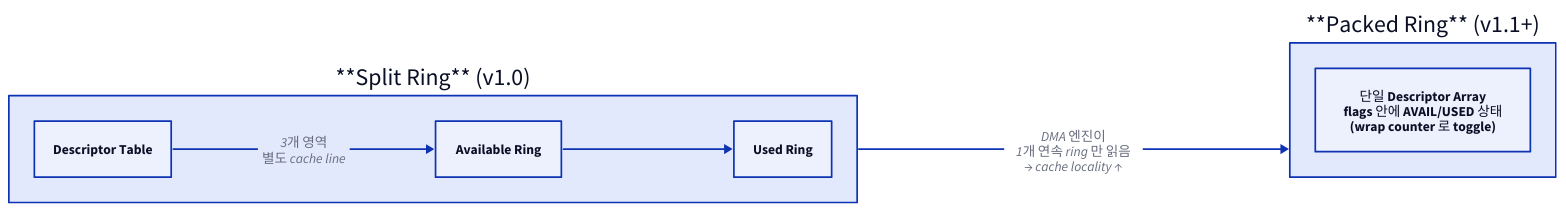
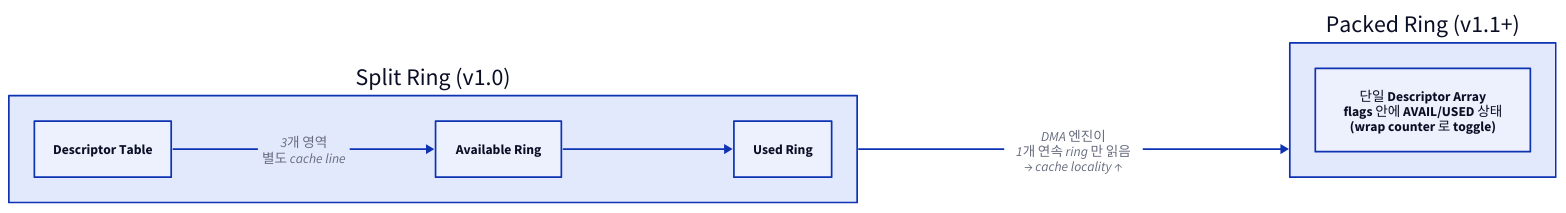
The second of 3 diagrams in starlight_site/src/content/docs/virtualization/04_io_virtualization.md (humbleowl39/DV_SKOOL), drawn with D2 before and after one commit. The commit also changed other lines of this file and 714 other files, not shown here.

First line of the commit message:
fix(site): d2 다이어그램 가독성 결함 6종 일괄 수정

````diff
--- a/starlight_site/src/content/docs/virtualization/04_io_virtualization.md
+++ b/starlight_site/src/content/docs/virtualization/04_io_virtualization.md
@@ -440,15 +440,15 @@
 ```d2
 direction: right
 
-SPLIT: "**Split Ring** (v1.0)" {
+SPLIT: "Split Ring (v1.0)" {
   D: "Descriptor Table"
   A: "Available Ring"
   U: "Used Ring"
   D -> A: "3개 영역\n별도 cache line"
   A -> U
 }
-PACKED: "**Packed Ring** (v1.1+)" {
+PACKED: "Packed Ring (v1.1+)" {
   P: "단일 Descriptor Array\nflags 안에 AVAIL/USED 상태\n(wrap counter 로 toggle)"
 }
 SPLIT -> PACKED: "DMA 엔진이\n1개 연속 ring 만 읽음\n→ cache locality ↑"
 ```
````
